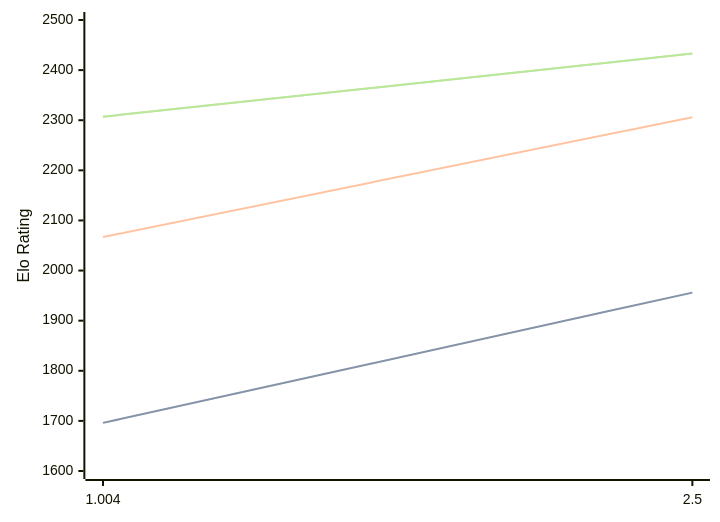
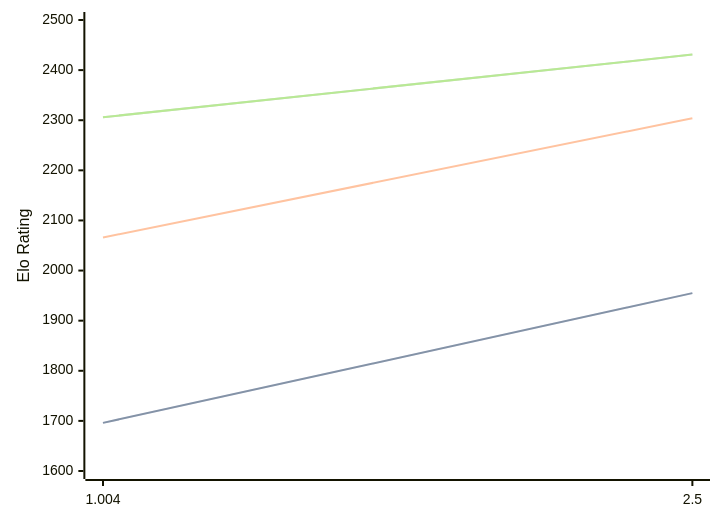
One commit to computer-chess-index/cci changed the diagram in engines/Ares.md. Above: the diagram before and after it, drawn with Mermaid. The commit also changed other lines of this file, not shown here.

Commit message:
Update CCI Ratings (ELO VLTC) - 2026-08-04

````diff
--- a/engines/Ares.md
+++ b/engines/Ares.md
@@ -32,11 +32,11 @@
 ```mermaid
 %%{init: {"theme":"base","themeVariables":{"seriesColors:['#a3a3a3','#222221','#faa371']}}}%%
 xychart-beta
   x-axis ["1.004", "2.5"]
   y-axis "Elo Rating" 1600 --> 2500
-  line "STC (8.0+0.08s)" [1696, 1956]
-  line "STC (8.0+0.08s)" [1696, 1956]
-  line "LTC (60.0+0.60s)" [2067, 2306]
-  line "VLTC (2m24s+1.12s)" [2307, 2433]
-  line "VLTC (2m24s+1.12s)" [2307, 2433]
+  line "STC (8.0+0.08s)" [1696, 1955]
+  line "STC (8.0+0.08s)" [1696, 1955]
+  line "LTC (60.0+0.60s)" [2066, 2304]
+  line "VLTC (2m24s+1.12s)" [2306, 2431]
+  line "VLTC (2m24s+1.12s)" [2306, 2431]
 ```
````
